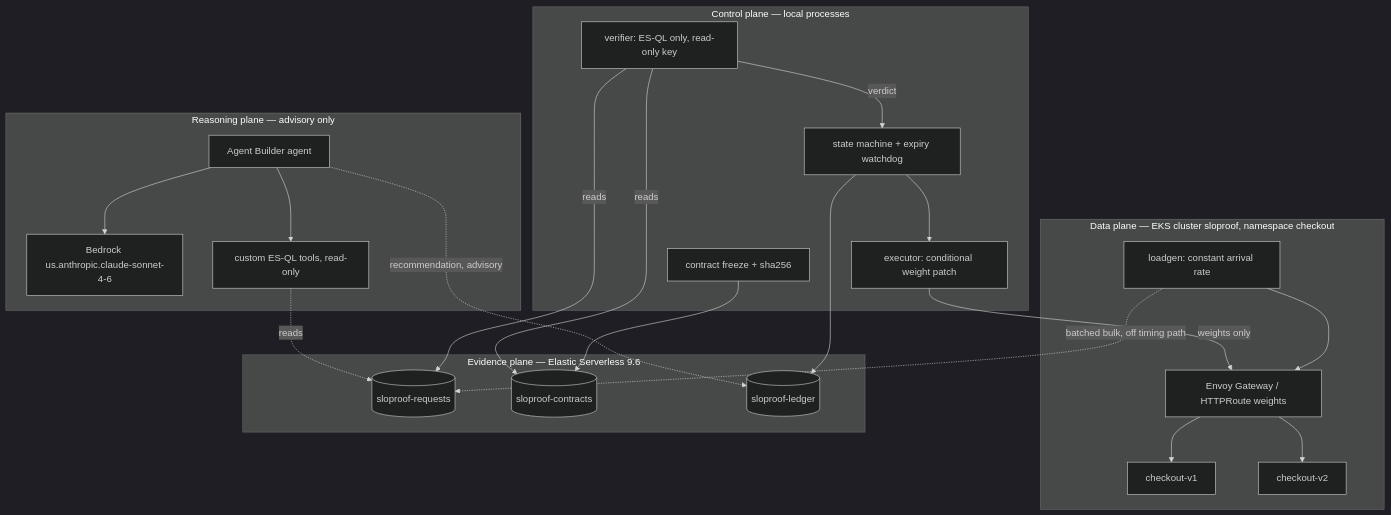
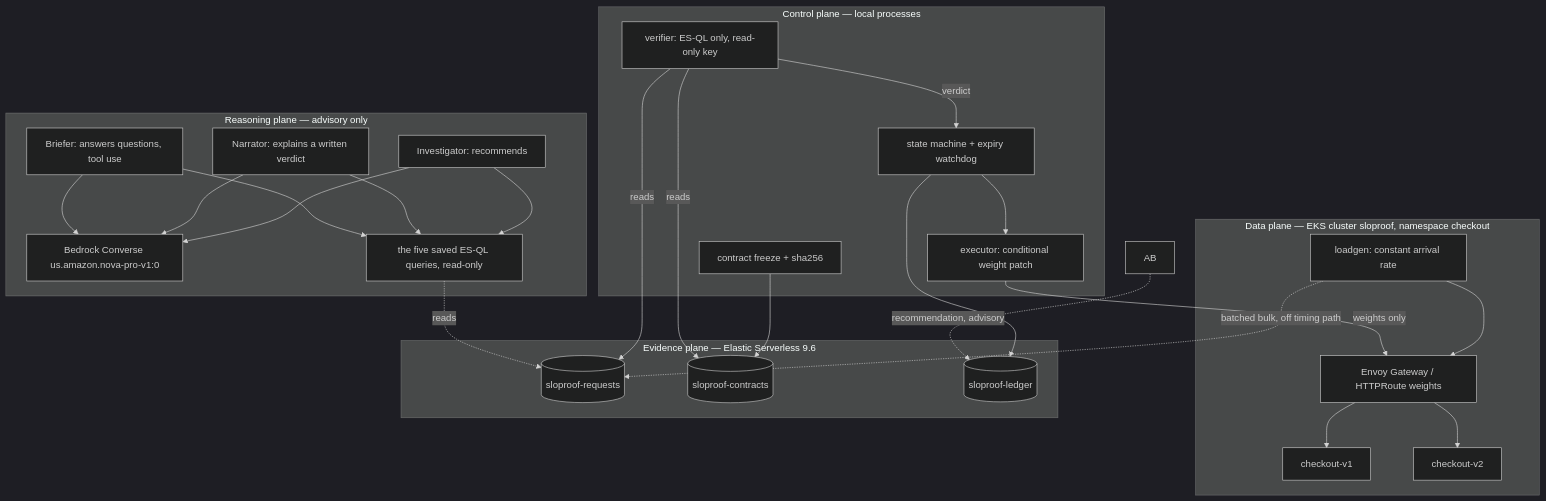
The diagram in docs/SERVICE_ARCHITECTURE.md (Tanav-Kolar/SLO-Proof), drawn with Mermaid (dark theme) before and after one commit. The commit also changed other lines of this file and 12 other files, not shown here.

First line of the commit message:
Add the three advisory agents on Bedrock Converse

````diff
--- a/docs/SERVICE_ARCHITECTURE.md
+++ b/docs/SERVICE_ARCHITECTURE.md
@@ -44,33 +44,37 @@
 ```mermaid
 flowchart TB
     subgraph DP["Data plane — EKS cluster sloproof, namespace checkout"]
         LG[loadgen: constant arrival rate] --> GW[Envoy Gateway / HTTPRoute weights]
         GW --> V1[checkout-v1]
         GW --> V2[checkout-v2]
     end
     subgraph EP["Evidence plane — Elastic Serverless 9.6"]
         REQ[(sloproof-requests)]
         CON[(sloproof-contracts)]
         LED[(sloproof-ledger)]
     end
     subgraph CP["Control plane — local processes"]
         CT[contract freeze + sha256]
         EX[executor: conditional weight patch]
         VF[verifier: ES-QL only, read-only key]
         SM[state machine + expiry watchdog]
     end
     subgraph RP["Reasoning plane — advisory only"]
-        AB[Agent Builder agent] --> BR[Bedrock us.anthropic.claude-sonnet-4-6]
-        AB --> TOOLS[custom ES-QL tools, read-only]
+        INV[Investigator: recommends] --> BR[Bedrock Converse us.amazon.nova-pro-v1:0]
+        NAR[Narrator: explains a written verdict] --> BR
+        BRF[Briefer: answers questions, tool use] --> BR
+        INV --> TOOLS[the five saved ES-QL queries, read-only]
+        NAR --> TOOLS
+        BRF --> TOOLS
     end
     LG -.->|batched bulk, off timing path| REQ
     CT --> CON
     VF -->|reads| REQ
     VF -->|reads| CON
     VF -->|verdict| SM
     SM --> EX
     EX -->|weights only| GW
     SM --> LED
     TOOLS -.->|reads| REQ
     AB -.->|recommendation, advisory| LED
 ```
````
